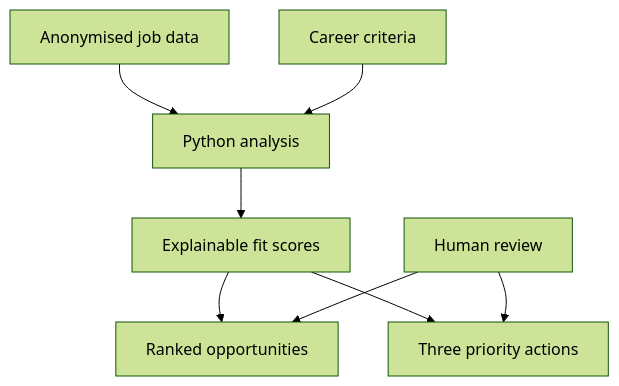
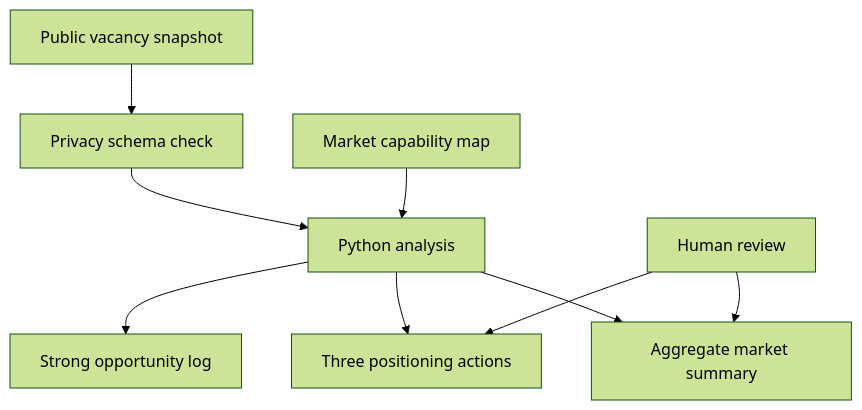
One commit to cgcatalao-sketch/career-strategy-automation changed the diagram in README.md. Above: the diagram before and after it, drawn with Mermaid (forest theme). The commit also changed other lines of this file, not shown here.

Commit message:
docs: present the real privacy-safe case study

````diff
--- a/README.md
+++ b/README.md
@@ -25,10 +25,11 @@
 ```mermaid
 flowchart TD
-    A[Anonymised job data] --> C[Python analysis]
-    B[Career criteria] --> C
-    C --> D[Explainable fit scores]
-    D --> E[Ranked opportunities]
-    D --> F[Three priority actions]
+    A[Public vacancy snapshot] --> C[Privacy schema check]
+    B[Market capability map] --> D[Python analysis]
+    C --> D
+    D --> E[Aggregate market summary]
+    D --> F[Three positioning actions]
+    D --> H[Strong opportunity log]
     G[Human review] --> E
     G --> F
 ```
````
